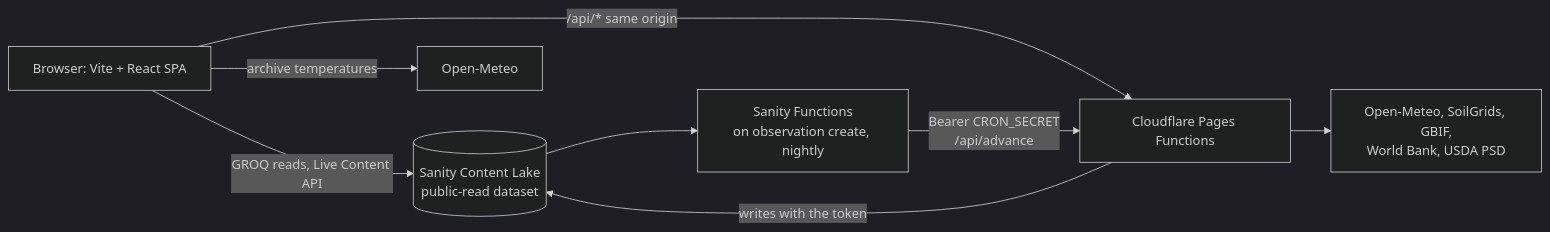
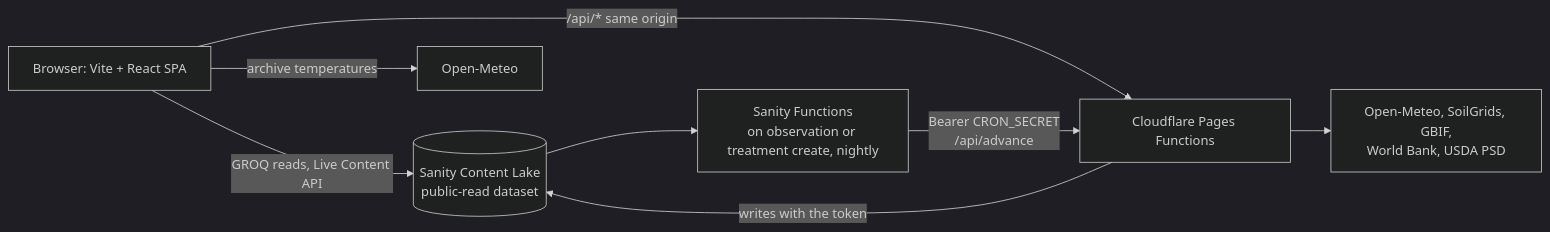
The diagram in README.md (chantleyw/mecropolis), drawn with Mermaid (dark theme) before and after one commit. The commit also changed other lines of this file and 4 other files, not shown here.

````diff
--- a/README.md
+++ b/README.md
@@ -17,10 +17,10 @@
 ```mermaid
 flowchart LR
   B[Browser: Vite + React SPA] -- GROQ reads, Live Content API --> S[(Sanity Content Lake<br/>public-read dataset)]
   B -- archive temperatures --> OM[Open-Meteo]
   B -- /api/* same origin --> F[Cloudflare Pages Functions]
   F -- writes with the token --> S
   F --> EXT[Open-Meteo, SoilGrids, GBIF,<br/>World Bank, USDA PSD]
-  SF[Sanity Functions<br/>on observation create, nightly] -- Bearer CRON_SECRET<br/>/api/advance --> F
+  SF[Sanity Functions<br/>on observation or treatment create, nightly] -- Bearer CRON_SECRET<br/>/api/advance --> F
   S --> SF
 ```
````
